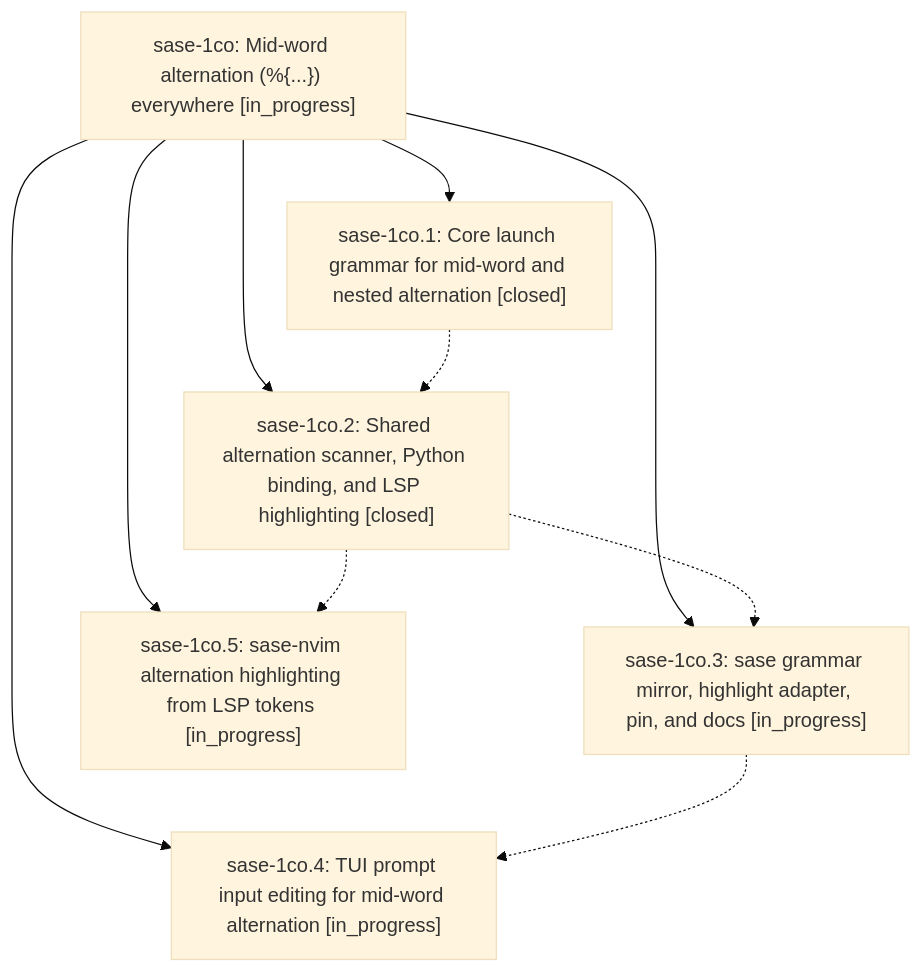
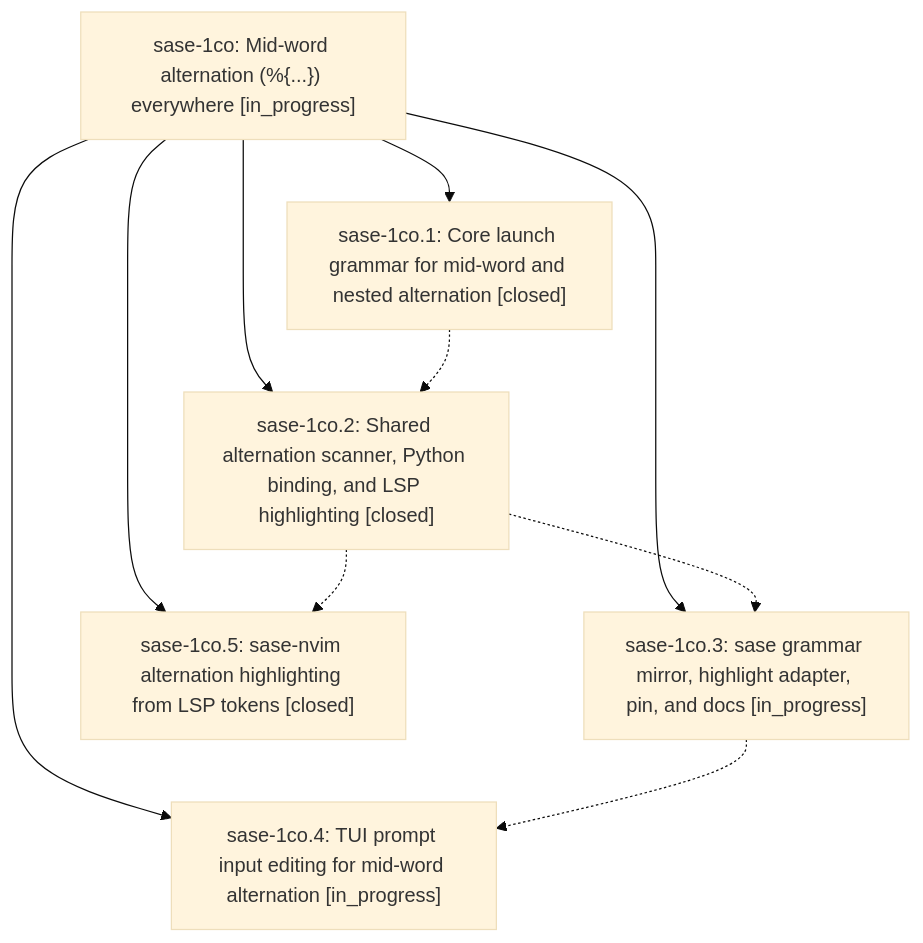
Before and after one commit to sase-org/sase--beads: the diagram in pages/sase-1co/README.md, drawn with Mermaid (base theme). The commit also changed other lines of this file and 2 other files, not shown here.

First line of the commit message:
chore(beads): sync bead state and pages for sase-1co

````diff
--- a/pages/sase-1co/README.md
+++ b/pages/sase-1co/README.md
@@ -26,18 +26,18 @@
 ```mermaid
 flowchart TD
     n0["sase-1co: Mid-word alternation (%{...}) everywhere [in_progress]"]
     n1["sase-1co.1: Core launch grammar for mid-word and nested alternation [closed]"]
     n2["sase-1co.2: Shared alternation scanner, Python binding, and LSP highlighting [closed]"]
     n3["sase-1co.3: sase grammar mirror, highlight adapter, pin, and docs [in_progress]"]
     n4["sase-1co.4: TUI prompt input editing for mid-word alternation [in_progress]"]
-    n5["sase-1co.5: sase-nvim alternation highlighting from LSP tokens [in_progress]"]
+    n5["sase-1co.5: sase-nvim alternation highlighting from LSP tokens [closed]"]
     n0 --> n1
     n0 --> n2
     n0 --> n3
     n0 --> n4
     n0 --> n5
     n1 -.-> n2
     n2 -.-> n3
     n2 -.-> n5
     n3 -.-> n4
 ```
````
